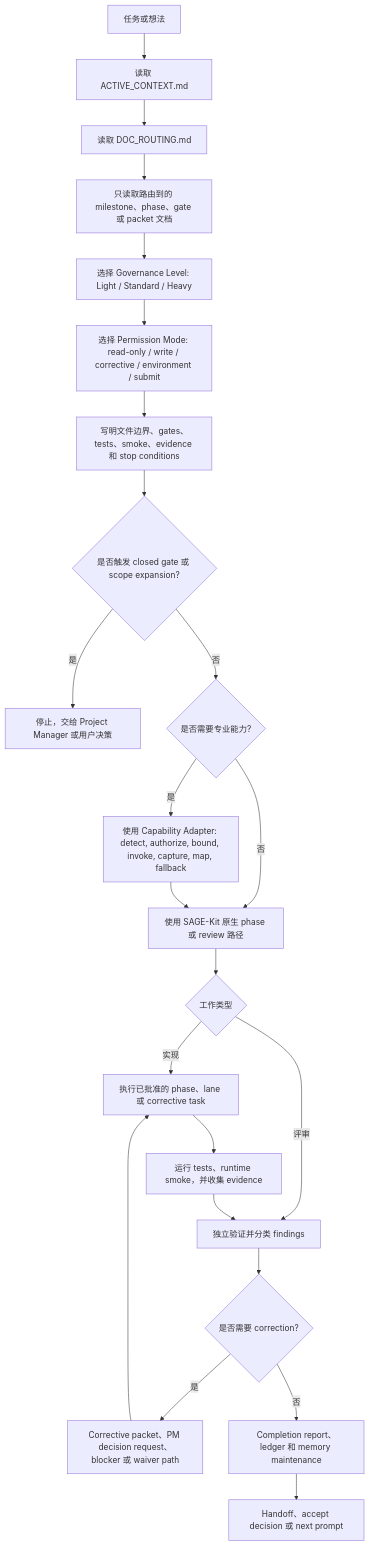
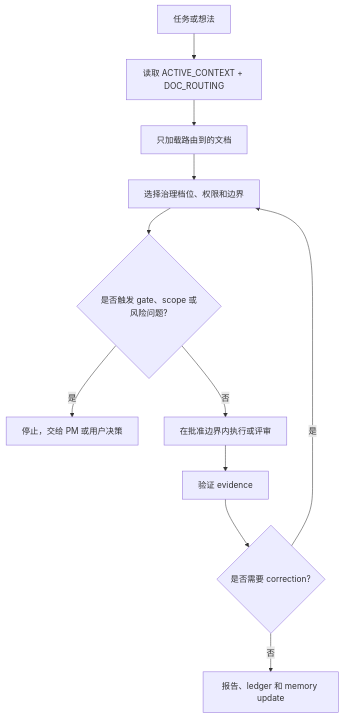
Before and after one commit to JoeKeepGo/SAGE-Kit: the diagram in README.zh-CN.md, drawn with Mermaid. The commit also changed other lines of this file and 1 other file, not shown here.

Commit message:
docs: simplify README workflow overview

````diff
--- a/README.zh-CN.md
+++ b/README.zh-CN.md
@@ -499,25 +502,13 @@
 ```mermaid
 flowchart TD
-  A["任务或想法"] --> B["读取 ACTIVE_CONTEXT.md"]
-  B --> C["读取 DOC_ROUTING.md"]
-  C --> D["只读取路由到的 milestone、phase、gate 或 packet 文档"]
-  D --> E["选择 Governance Level: Light / Standard / Heavy"]
-  E --> F["选择 Permission Mode: read-only / write / corrective / environment / submit"]
-  F --> G["写明文件边界、gates、tests、smoke、evidence 和 stop conditions"]
-  G --> H{"是否触发 closed gate 或 scope expansion?"}
-  H -- "是" --> I["停止，交给 Project Manager 或用户决策"]
-  H -- "否" --> J{"是否需要专业能力?"}
-  J -- "是" --> K["使用 Capability Adapter: detect, authorize, bound, invoke, capture, map, fallback"]
-  J -- "否" --> L["使用 SAGE-Kit 原生 phase 或 review 路径"]
-  K --> L
-  L --> M{"工作类型"}
-  M -- "实现" --> N["执行已批准的 phase、lane 或 corrective task"]
-  M -- "评审" --> O["独立验证并分类 findings"]
-  N --> P["运行 tests、runtime smoke，并收集 evidence"]
-  P --> O
-  O --> Q{"是否需要 correction?"}
-  Q -- "是" --> R["Corrective packet、PM decision request、blocker 或 waiver path"]
-  R --> N
-  Q -- "否" --> S["Completion report、ledger 和 memory maintenance"]
-  S --> T["Handoff、accept decision 或 next prompt"]
+  A["任务或想法"] --> B["读取 ACTIVE_CONTEXT + DOC_ROUTING"]
+  B --> C["只加载路由到的文档"]
+  C --> D["选择治理档位、权限和边界"]
+  D --> E{"是否触发 gate、scope 或风险问题?"}
+  E -- "是" --> F["停止，交给 PM 或用户决策"]
+  E -- "否" --> G["在批准边界内执行或评审"]
+  G --> H["验证 evidence"]
+  H --> I{"是否需要 correction?"}
+  I -- "是" --> D
+  I -- "否" --> J["报告、ledger 和 memory update"]
 ```
````
